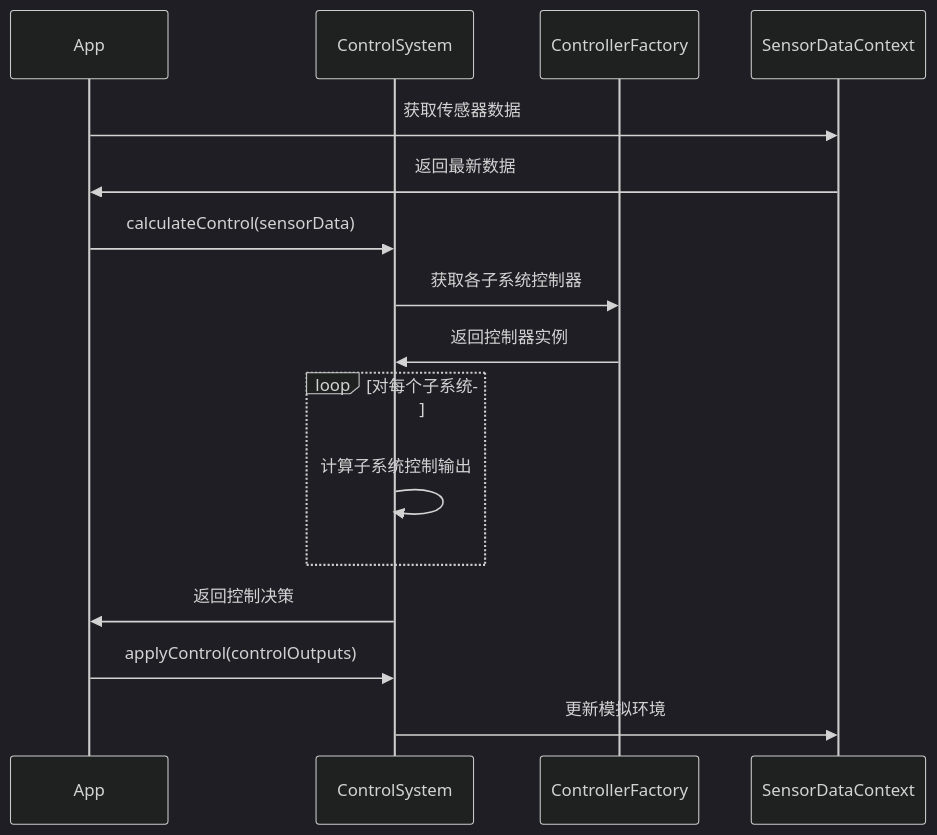
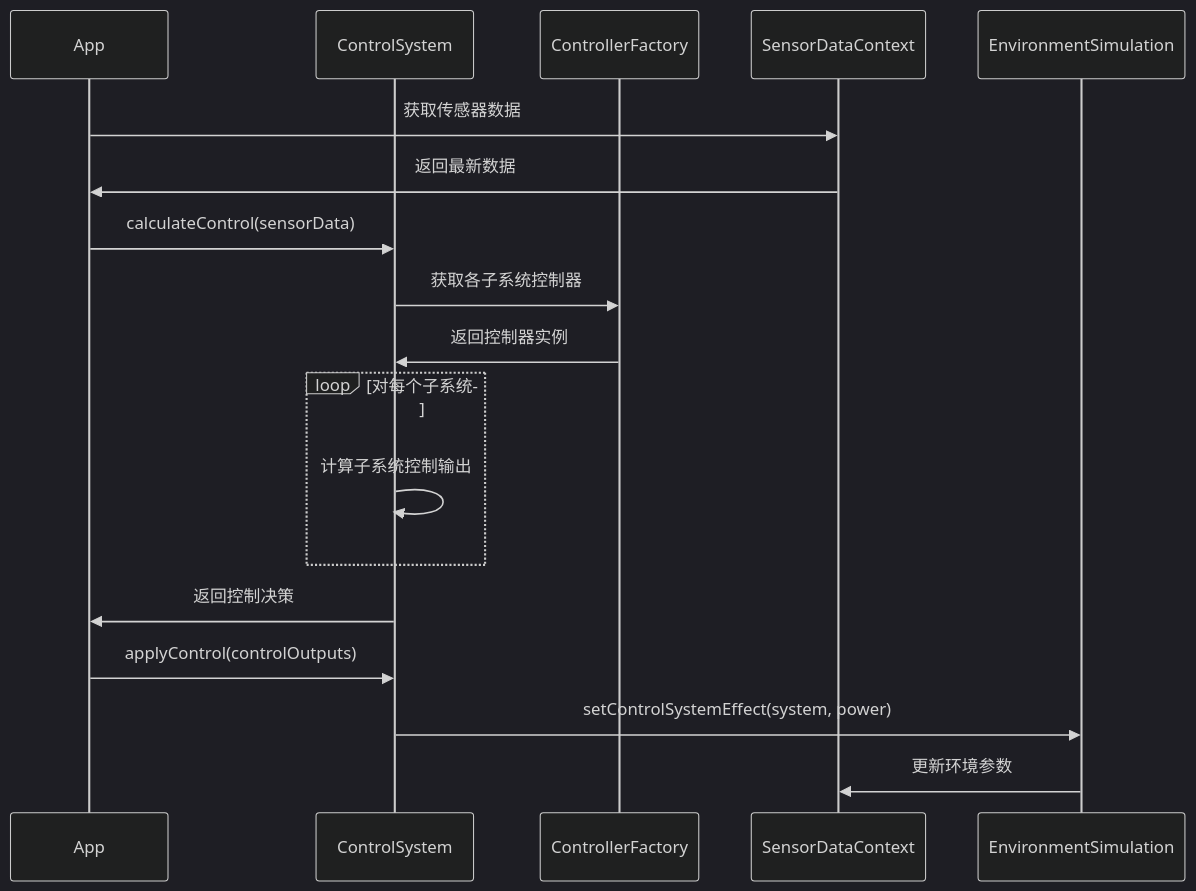
Before and after one commit to GrooveWJH/IntelliAgriculture: the fourth of 6 diagrams in docs/design/control-system-design.md, drawn with Mermaid (dark theme). The commit also changed other lines of this file and 42 other files, not shown here.

````diff
--- a/docs/design/control-system-design.md
+++ b/docs/design/control-system-design.md
@@ -415,21 +480,23 @@
 ```mermaid
 sequenceDiagram
     participant App
     participant CS as ControlSystem
     participant CT as ControllerFactory
     participant SD as SensorDataContext
+    participant ES as EnvironmentSimulation
     
     App->>SD: 获取传感器数据
     SD->>App: 返回最新数据
     App->>CS: calculateControl(sensorData)
     CS->>CT: 获取各子系统控制器
     CT->>CS: 返回控制器实例
     
     loop 对每个子系统
         CS->>CS: 计算子系统控制输出
     end
     
     CS->>App: 返回控制决策
     App->>CS: applyControl(controlOutputs)
-    CS->>SD: 更新模拟环境
+    CS->>ES: setControlSystemEffect(system, power)
+    ES->>SD: 更新环境参数
 ```
````
